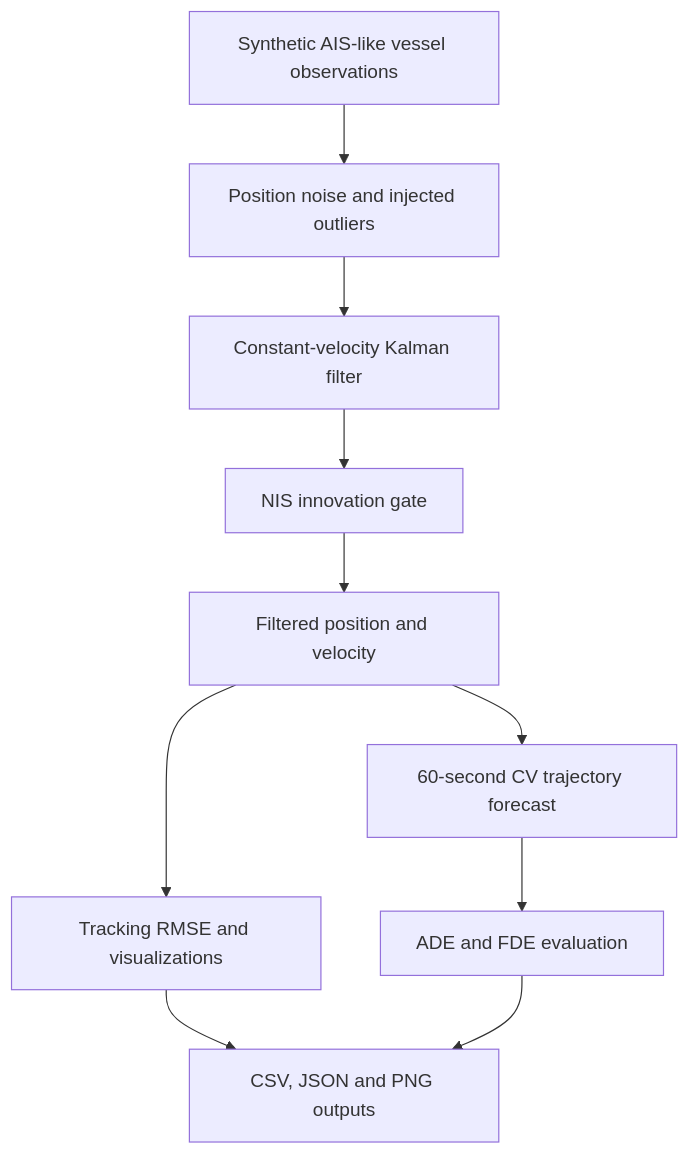
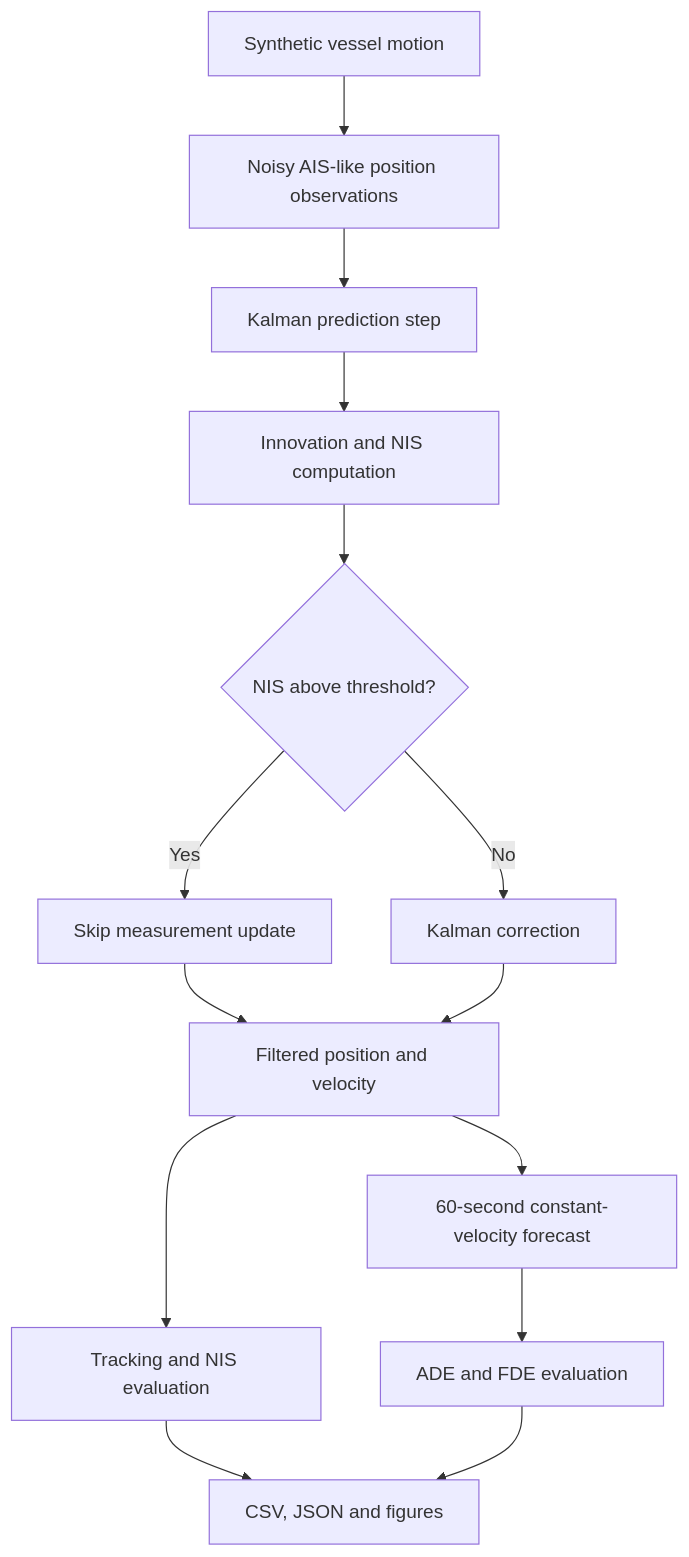
One commit to Mates3834/Maritime-AI-Trajectory-Prediction changed the diagram in README.md. Above: the diagram before and after it, drawn with Mermaid. The commit also changed other lines of this file, not shown here.

````diff
--- a/README.md
+++ b/README.md
@@ -151,12 +62,16 @@
 ```mermaid
 flowchart TD
-    A[Synthetic AIS-like vessel observations] --> B[Position noise and injected outliers]
-    B --> C[Constant-velocity Kalman filter]
-    C --> D[NIS innovation gate]
-    D --> E[Filtered position and velocity]
-    E --> F[60-second CV trajectory forecast]
-    E --> G[Tracking RMSE and visualizations]
-    F --> H[ADE and FDE evaluation]
-    G --> I[CSV, JSON and PNG outputs]
-    H --> I
+    A[Synthetic vessel motion] --> B[Noisy AIS-like position observations]
+    B --> C[Kalman prediction step]
+    C --> D[Innovation and NIS computation]
+    D --> E{NIS above threshold?}
+    E -->|Yes| F[Skip measurement update]
+    E -->|No| G[Kalman correction]
+    F --> H[Filtered position and velocity]
+    G --> H
+    H --> I[60-second constant-velocity forecast]
+    H --> J[Tracking and NIS evaluation]
+    I --> K[ADE and FDE evaluation]
+    J --> L[CSV, JSON and figures]
+    K --> L
 ```
````
